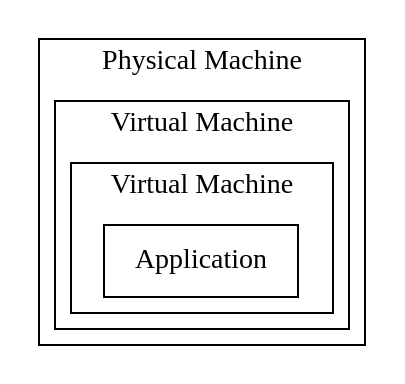
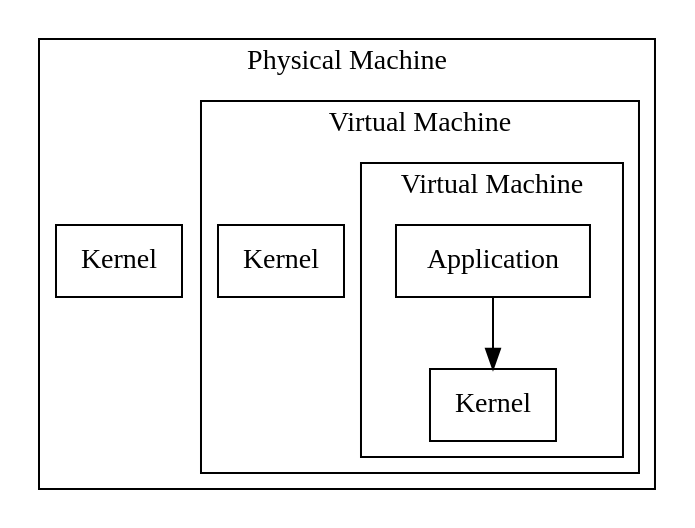
Before and after one commit to ereslibre/applications-in-a-cloud-native-world: the third of 5 diagrams in src/deployment.md, drawn with Graphviz. The commit also changed other lines of this file and 1 other file, not shown here.

````diff
--- a/src/deployment.md
+++ b/src/deployment.md
@@ -78,14 +83,18 @@
 ```dot process
 digraph D {
   subgraph cluster_p {
     label = "Physical Machine";
+    Kernel_p[shape=box,label=Kernel];
     subgraph cluster_v {
         label = "Virtual Machine";
+        Kernel_v[shape=box,label=Kernel];
         subgraph cluster_v2 {
             label = "Virtual Machine";
+            Kernel[shape=box];
             Application[shape=box];
+            Application -> Kernel;
         }
     }
   }
 }
 ```
````
